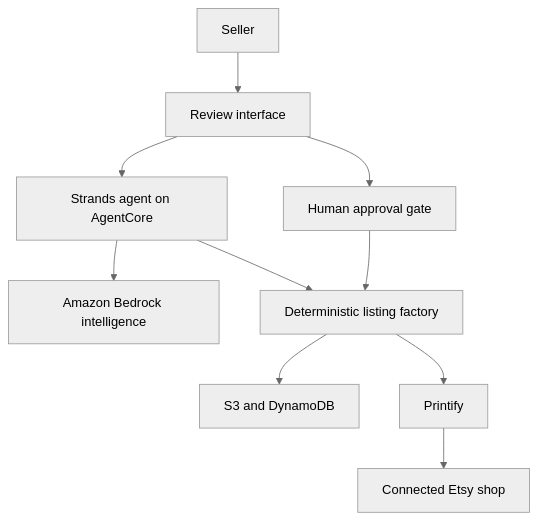
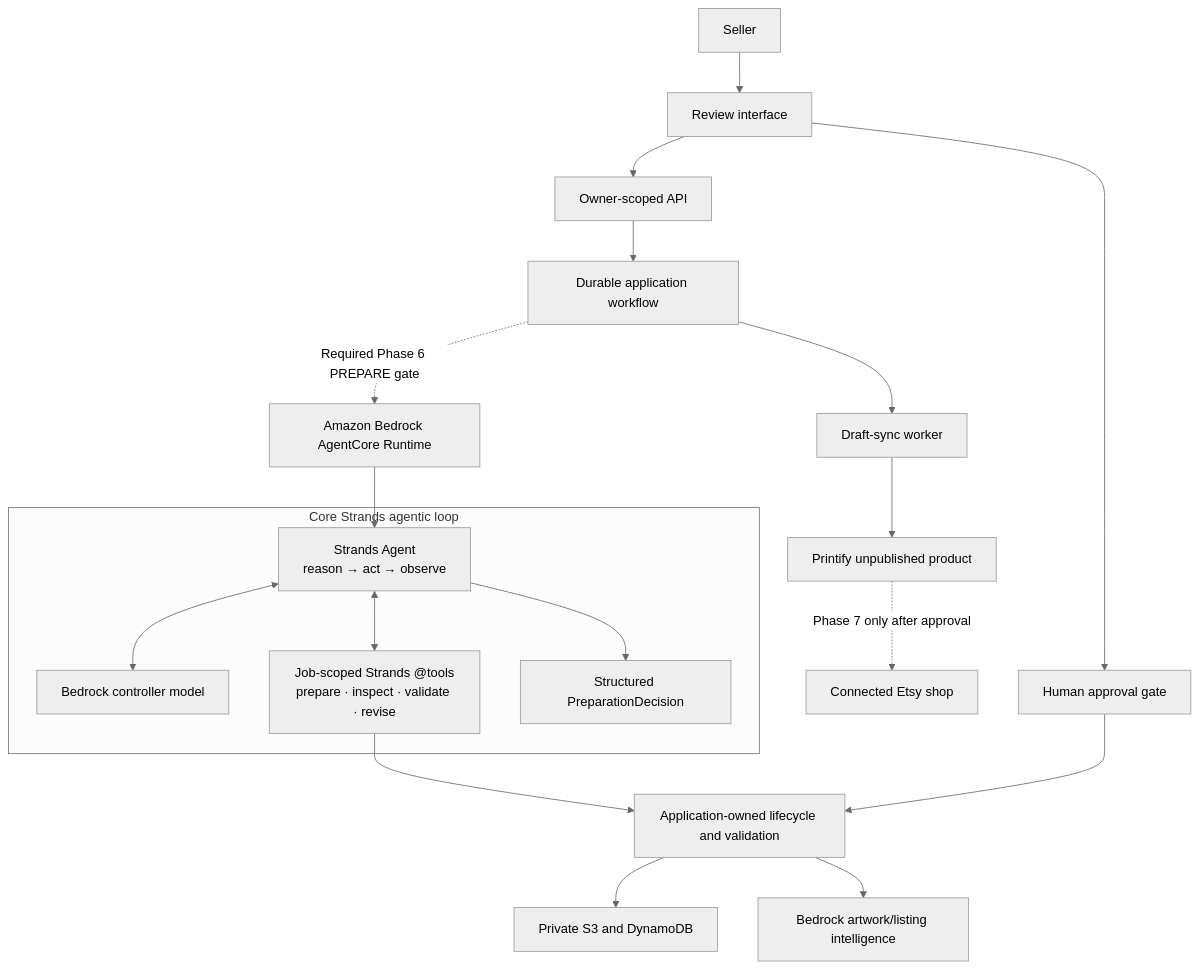
Before and after one commit to ElDangerBadger/mr-lister: the diagram in README.md, drawn with Mermaid (neutral theme). The commit also changed other lines of this file and 20 other files, not shown here.

````diff
--- a/README.md
+++ b/README.md
@@ -23,12 +65,27 @@
 ```mermaid
 flowchart TD
     U["Seller"] --> UI["Review interface"]
-    UI --> A["Strands agent on AgentCore"]
-    A --> B["Amazon Bedrock intelligence"]
-    A --> F["Deterministic listing factory"]
-    F --> S["S3 and DynamoDB"]
-    F --> P["Printify"]
-    P --> E["Connected Etsy shop"]
+    UI --> API["Owner-scoped API"]
+    API --> SF["Durable application workflow"]
+    SF -.->|Required Phase 6 PREPARE gate| AC["Amazon Bedrock AgentCore Runtime"]
+
+    subgraph SL["Core Strands agentic loop"]
+        SA["Strands Agent<br/>reason → act → observe"]
+        CM["Bedrock controller model"]
+        JT["Job-scoped Strands @tools<br/>prepare · inspect · validate · revise"]
+        SR["Structured PreparationDecision"]
+        SA <--> CM
+        SA <--> JT
+        SA --> SR
+    end
+
+    AC --> SA
+    JT --> F["Application-owned lifecycle and validation"]
+    F --> S["Private S3 and DynamoDB"]
+    F --> BI["Bedrock artwork/listing intelligence"]
+    SF --> DS["Draft-sync worker"]
+    DS --> P["Printify unpublished product"]
     UI --> G["Human approval gate"]
     G --> F
+    P -.->|Phase 7 only after approval| E["Connected Etsy shop"]
 ```
````
